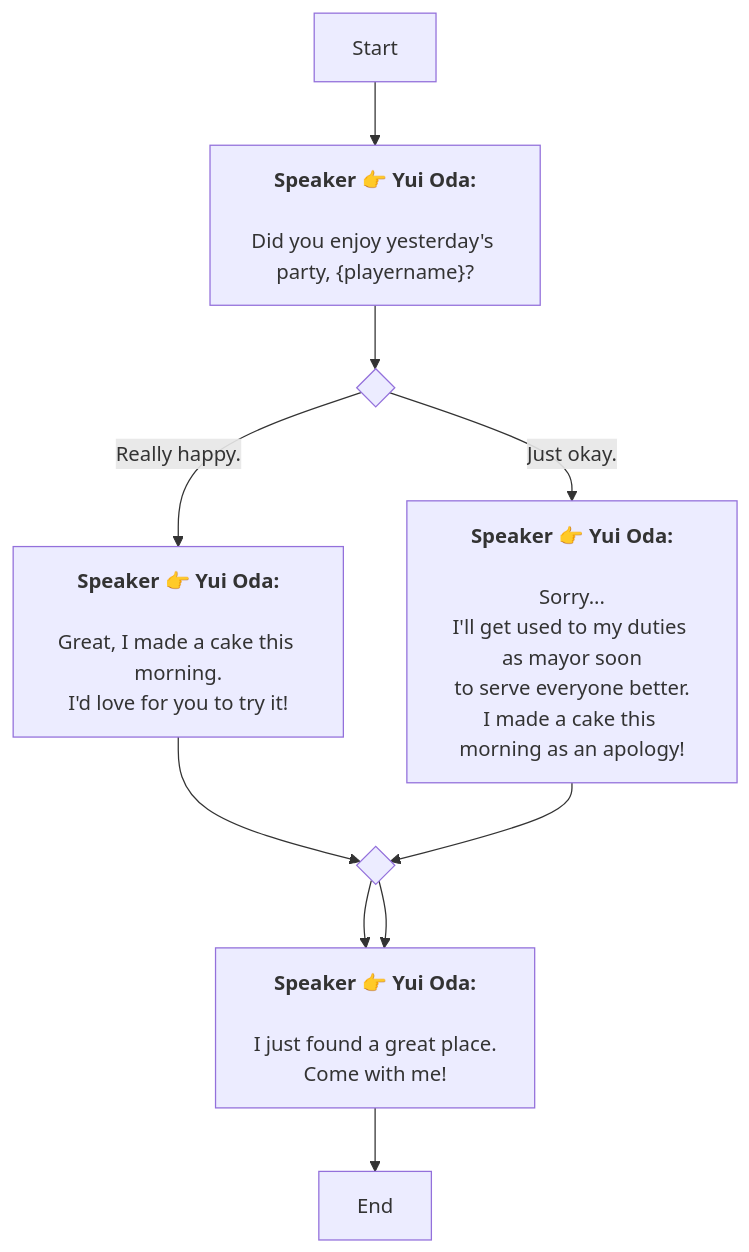
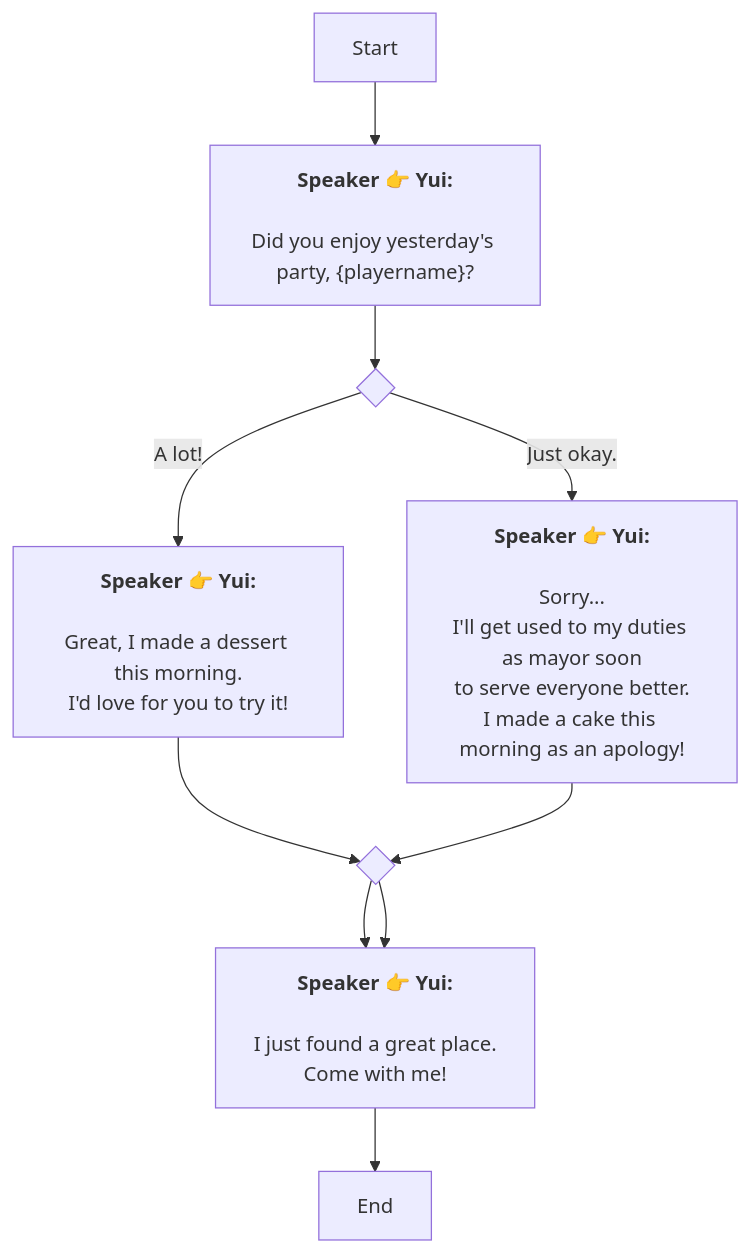
Before and after one commit to SoftHu/tos_avg: the diagram in En/QuestStartTalkENode_1741365690796258.md, drawn with Mermaid. The commit also changed 297 other files, not shown here.

````diff
--- a/En/QuestStartTalkENode_1741365690796258.md
+++ b/En/QuestStartTalkENode_1741365690796258.md
@@ -1,29 +1,29 @@
 ```mermaid
 graph
-Start -->1741366051818734[<b>Speaker 👉 Yui Oda:</b>
+Start -->1741366051818734[<b>Speaker 👉 Yui:</b>
 
 Did you enjoy yesterday's party, &lbrace;playername&rbrace;?]
 1741366051818734 -->1741840746360291{ }
-1741840746360291 -->|Really happy.|1741840770440680[<b>Speaker 👉 Yui Oda:</b>
+1741840746360291 -->|A lot!|1741840770440680[<b>Speaker 👉 Yui:</b>
 
-Great, I made a cake this morning.
+Great, I made a dessert this morning.
 I'd love for you to try it!]
-1741840746360291 -->|Just okay.|1741840976551401[<b>Speaker 👉 Yui Oda:</b>
+1741840746360291 -->|Just okay.|1741840976551401[<b>Speaker 👉 Yui:</b>
 
 Sorry...
 I'll get used to my duties as mayor soon
 to serve everyone better.
 I made a cake this morning as an apology!]
 1741840770440680 -->1741367875621124{ }
-1741367875621124 -->1741841330457066[<b>Speaker 👉 Yui Oda:</b>
+1741367875621124 -->1741841330457066[<b>Speaker 👉 Yui:</b>
 
 I just found a great place.
 Come with me!]
-1741367875621124 -->1741841330457066[<b>Speaker 👉 Yui Oda:</b>
+1741367875621124 -->1741841330457066[<b>Speaker 👉 Yui:</b>
 
 I just found a great place.
 Come with me!]
 1741841330457066 -->1741367947996422[End]
 1741840976551401 -->1741367875621124{ }
 
  ```
````
